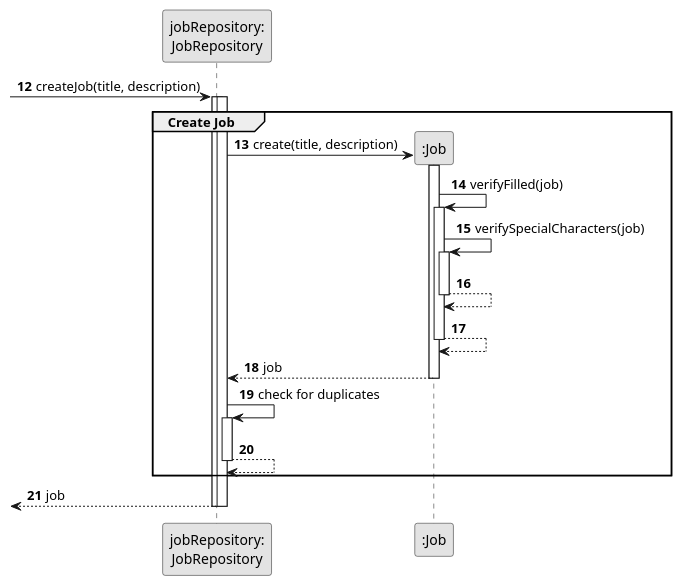
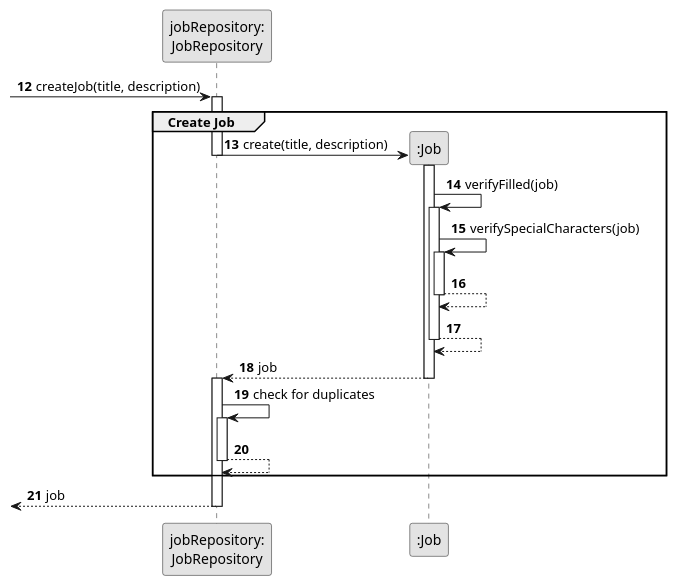
The diagram in docs/sprintB/us002/03.design/puml/us002-sequence-diagram-partial-create-job.puml (ricardomm7/leaflink), drawn with PlantUML before and after one commit. The commit also changed 1 other file, not shown here.

```diff
--- a/docs/sprintB/us002/03.design/puml/us002-sequence-diagram-partial-create-job.puml
+++ b/docs/sprintB/us002/03.design/puml/us002-sequence-diagram-partial-create-job.puml
@@ -1,41 +1,41 @@
 @startuml
 skinparam monochrome true
 skinparam packageStyle rectangle
 skinparam shadowing false
 
 autonumber 12
 
 'hide footbox
 participant "jobRepository:\nJobRepository" as JobRepository
 participant ":Job" as Job
 -> JobRepository : createJob(title, description)
 activate JobRepository
 
 group Create Job
-activate JobRepository
 
     JobRepository -> Job** : create(title, description)
+    deactivate JobRepository
         activate Job
 
     Job -> Job : verifyFilled(job)
         activate Job
         Job -> Job : verifySpecialCharacters(job)
         activate Job
         Job --> Job
         deactivate Job
     Job --> Job
     deactivate Job
-    'Job -> Job : addJob(job)
     Job --> JobRepository : job
     deactivate Job
+    activate JobRepository
     JobRepository -> JobRepository : check for duplicates
     activate JobRepository
     JobRepository --> JobRepository
 deactivate JobRepository
     deactivate Job
 end
 <-- JobRepository : job
 deactivate JobRepository
 deactivate JobRepository
 
 @enduml
```
